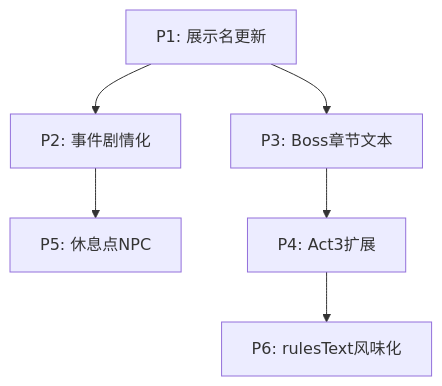
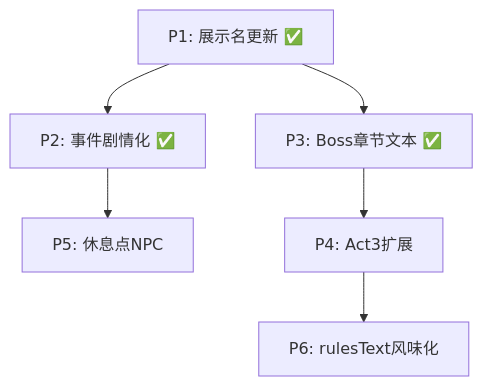
One commit to chiimagnus/salu changed the diagram in .cursor/plans/plan-a-v0.1-detailed.md. Above: the diagram before and after it, drawn with Mermaid. The commit also changed other lines of this file and 4 other files, not shown here.

````diff
--- a/.cursor/plans/plan-a-v0.1-detailed.md
+++ b/.cursor/plans/plan-a-v0.1-detailed.md
@@ -257,8 +229,8 @@
 ```mermaid
 flowchart TD
-    P1[P1: 展示名更新] --> P2[P2: 事件剧情化]
-    P1 --> P3[P3: Boss章节文本]
+    P1[P1: 展示名更新 ✅] --> P2[P2: 事件剧情化 ✅]
+    P1 --> P3[P3: Boss章节文本 ✅]
     P2 --> P5[P5: 休息点NPC]
     P3 --> P4[P4: Act3扩展]
     P4 --> P6[P6: rulesText风味化]
 ```
````
